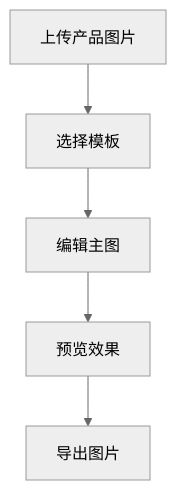
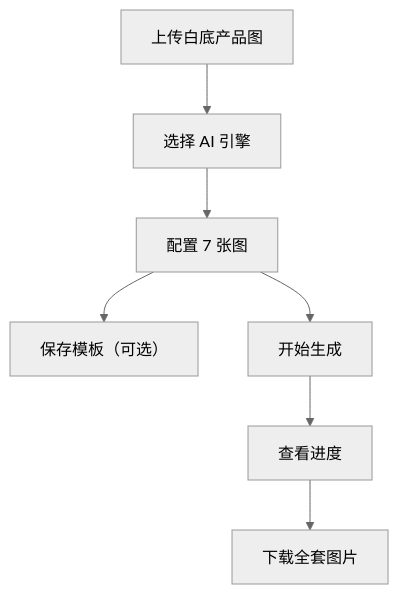
Before and after one commit to Chris123dd/amazon-image-generator: the diagram in .trae/documents/prd.md, drawn with Mermaid (neutral theme). The commit also changed other lines of this file and 2 other files, not shown here.

````diff
--- a/.trae/documents/prd.md
+++ b/.trae/documents/prd.md
@@ -27,7 +31,9 @@
 ```mermaid
 graph TD
-  A[上传产品图片] --> B[选择模板]
-  B --> C[编辑主图]
-  C --> D[预览效果]
-  D --> E[导出图片]
+  A[上传白底产品图] --> B[选择 AI 引擎]
+  B --> C[配置 7 张图]
+  C --> D[保存模板（可选）]
+  C --> E[开始生成]
+  E --> F[查看进度]
+  F --> G[下载全套图片]
 ```
````
